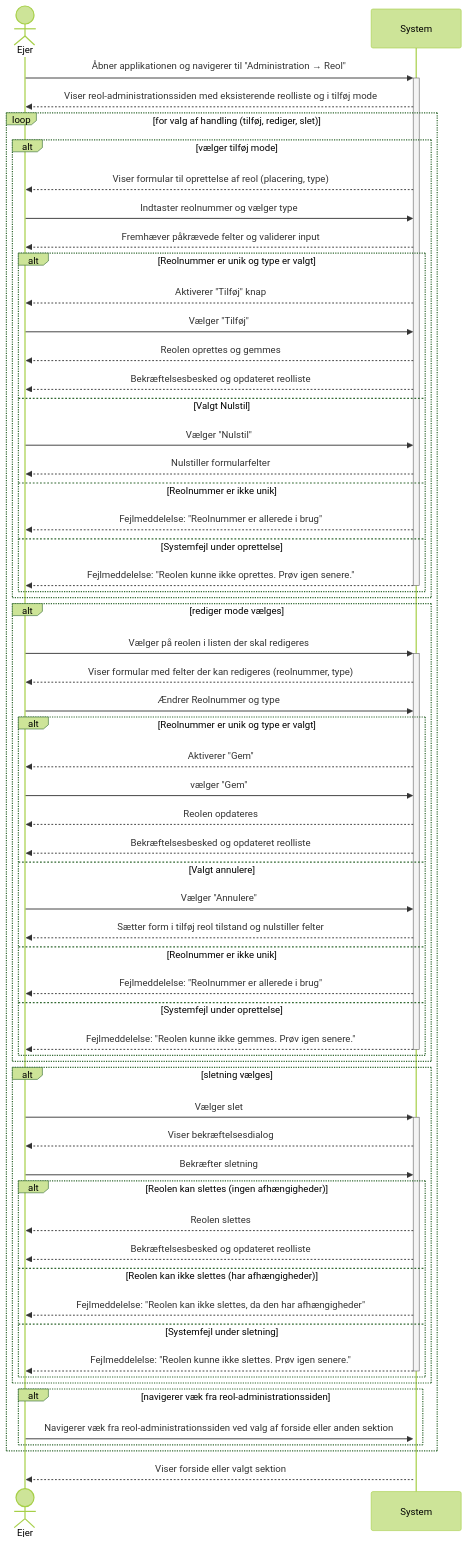
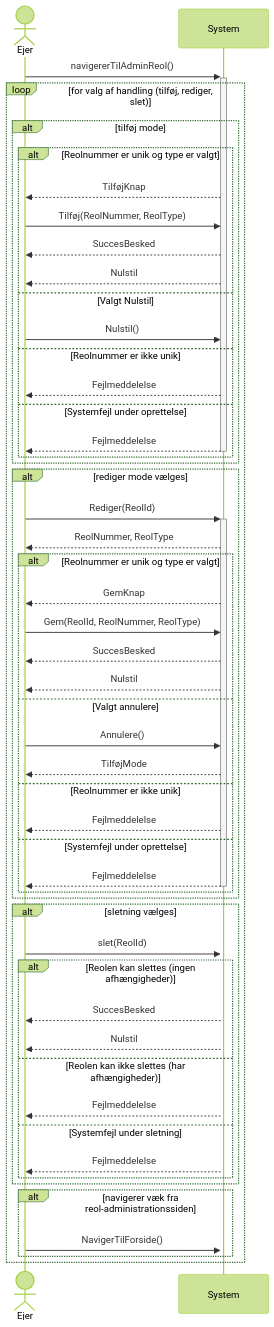
The diagram in docs/sprint-1/UseCase001-AddANewShelf/UseCase-SSD.mmd (DMOoF25-TEAM11/ShelfMarket), drawn with Mermaid (forest theme) before and after one commit. The commit also changed 5 other files, not shown here.

```diff
--- a/docs/sprint-1/UseCase001-AddANewShelf/UseCase-SSD.mmd
+++ b/docs/sprint-1/UseCase001-AddANewShelf/UseCase-SSD.mmd
@@ -1,68 +1,62 @@
 sequenceDiagram
     actor Ejer
     participant System
 
-    Ejer->>+System: Åbner applikationen og navigerer til "Administration → Reol"
-    System-->>Ejer: Viser reol-administrationssiden med eksisterende reolliste og i tilføj mode
+    Ejer->>+System: navigererTilAdminReol()
 
     loop for valg af handling (tilføj, rediger, slet)
 
-        alt vælger tilføj mode
-            System-->>Ejer: Viser formular til oprettelse af reol (placering, type)
-            Ejer->>System: Indtaster reolnummer og vælger type
-            System-->>Ejer: Fremhæver påkrævede felter og validerer input
+        alt tilføj mode
 
             alt Reolnummer er unik og type er valgt
-                System-->>Ejer: Aktiverer "Tilføj" knap
-                Ejer->>System: Vælger "Tilføj"
-                System-->>Ejer: Reolen oprettes og gemmes
-                System-->>Ejer: Bekræftelsesbesked og opdateret reolliste
+                System-->>Ejer: TilføjKnap
+                Ejer->>System: Tilføj(ReolNummer, ReolType)
+                System-->>Ejer: SuccesBesked
+                System-->>Ejer: Nulstil
             else Valgt Nulstil
-                Ejer->>System: Vælger "Nulstil"
-                System-->>Ejer: Nulstiller formularfelter
+                Ejer->>System: Nulstil()
             else Reolnummer er ikke unik
-                System-->>Ejer: Fejlmeddelelse: "Reolnummer er allerede i brug"
+                System-->>Ejer: Fejlmeddelelse
             else Systemfejl under oprettelse
-                System-->>-Ejer: Fejlmeddelelse: "Reolen kunne ikke oprettes. Prøv igen senere."
+                System-->>-Ejer: Fejlmeddelelse
             end
+
         end
 
         alt rediger mode vælges
-            Ejer->>+System: Vælger på reolen i listen der skal redigeres
-            System-->>Ejer: Viser formular med felter der kan redigeres (reolnummer, type)
-            Ejer->>System: Ændrer Reolnummer og type
+
+            Ejer->>+System: Rediger(ReolId)
+            System-->>Ejer: ReolNummer, ReolType
+
             alt Reolnummer er unik og type er valgt
-                System-->>Ejer: Aktiverer "Gem"
-                Ejer->>System: vælger "Gem"
-                System-->>Ejer: Reolen opdateres
-                System-->>Ejer: Bekræftelsesbesked og opdateret reolliste
+                System-->>Ejer: GemKnap
+                Ejer->>System: Gem(ReolId, ReolNummer, ReolType)
+                System-->>Ejer: SuccesBesked
+                System-->>Ejer: Nulstil
             else Valgt annulere
-                Ejer->>System: Vælger "Annulere"
-                System-->>Ejer: Sætter form i tilføj reol tilstand og nulstiller felter
+                Ejer->>System: Annulere()
+                System-->>Ejer: TilføjMode
             else Reolnummer er ikke unik
-                System-->>Ejer: Fejlmeddelelse: "Reolnummer er allerede i brug"
+                System-->>Ejer: Fejlmeddelelse
             else Systemfejl under oprettelse
-                System-->>-Ejer: Fejlmeddelelse: "Reolen kunne ikke gemmes. Prøv igen senere."
+                System-->>-Ejer: Fejlmeddelelse
             end
+
         end
 
         alt sletning vælges
-            Ejer->>+System: Vælger slet
-            System-->>Ejer: Viser bekræftelsesdialog
-            Ejer->>System: Bekræfter sletning
+            Ejer->>+System: slet(ReolId)
             alt Reolen kan slettes (ingen afhængigheder)
-                System-->>Ejer: Reolen slettes
-                System-->>Ejer: Bekræftelsesbesked og opdateret reolliste
+                System-->>Ejer: SuccesBesked
+                System-->>Ejer: Nulstil
             else Reolen kan ikke slettes (har afhængigheder)
-                System-->>Ejer: Fejlmeddelelse: "Reolen kan ikke slettes, da den har afhængigheder"
+                System-->>Ejer: Fejlmeddelelse
             else Systemfejl under sletning
-                System-->>-Ejer: Fejlmeddelelse: "Reolen kunne ikke slettes. Prøv igen senere."
+                System-->>Ejer: Fejlmeddelelse
             end
         end
 
         alt navigerer væk fra reol-administrationssiden
-            Ejer->>+System: Navigerer væk fra reol-administrationssiden ved valg af forside eller anden sektion
+            Ejer->>+System: NavigerTilForside()
         end
     end
-
-    System-->>Ejer: Viser forside eller valgt sektion
```
